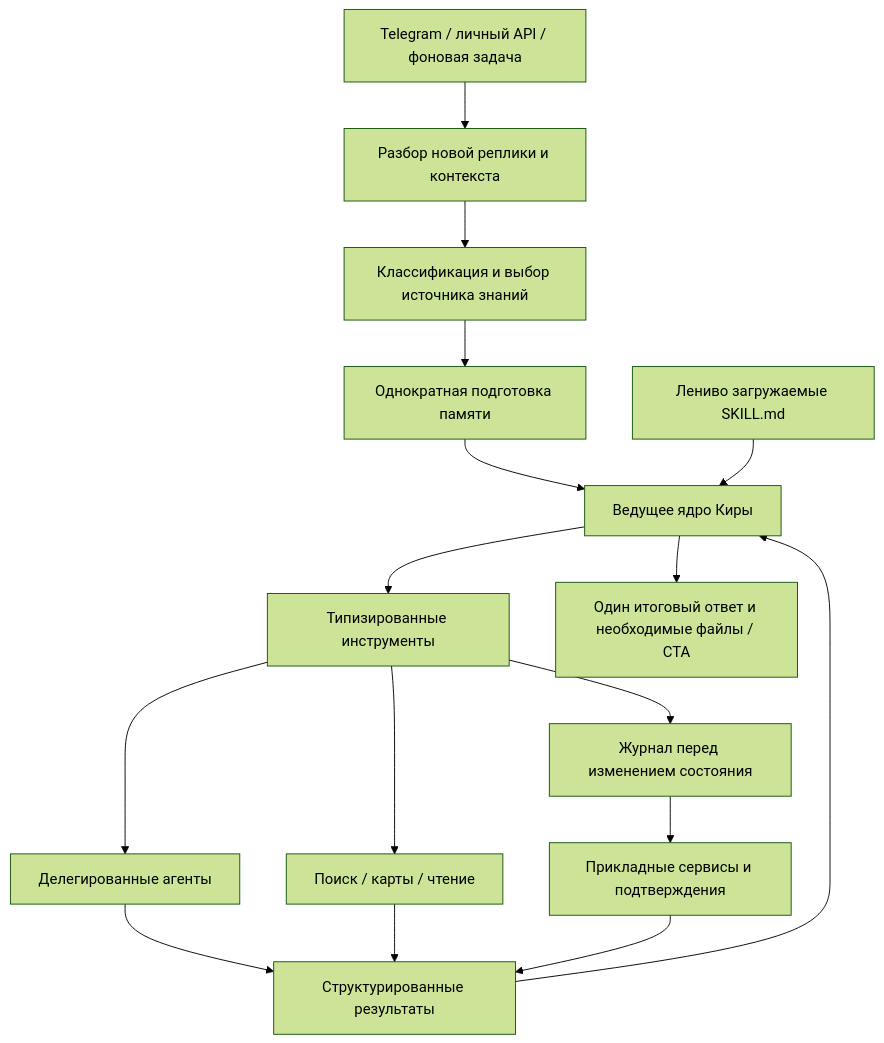
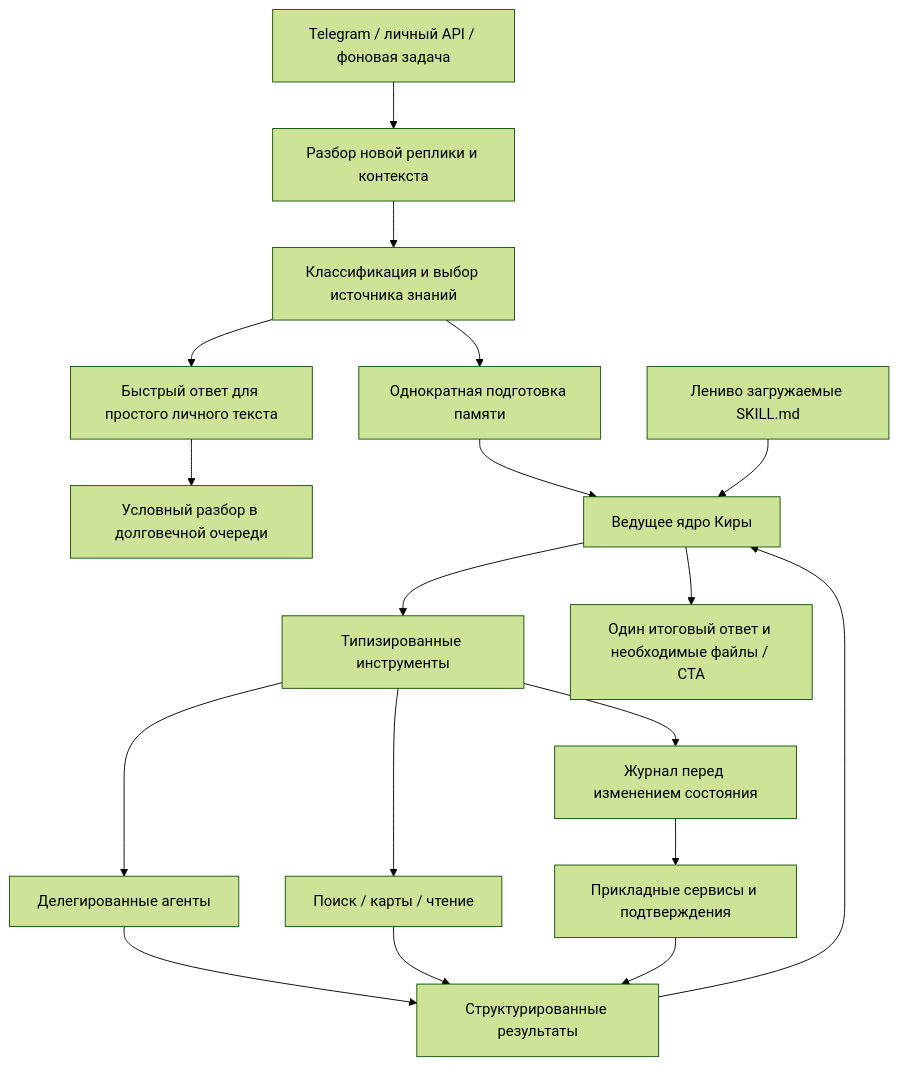
Before and after one commit to dmitrymalakhov/kira-mind-bot: the diagram in docs/agent-runtime.md, drawn with Mermaid (forest theme). The commit also changed other lines of this file and 45 other files, not shown here.

Commit message:
feat(dialogue): добавить быстрый ответ и фоновый разбор

````diff
--- a/docs/agent-runtime.md
+++ b/docs/agent-runtime.md
@@ -9,18 +9,20 @@
 ```mermaid
 flowchart TD
     A[Telegram / личный API / фоновая задача] --> B[Разбор новой реплики и контекста]
     B --> C[Классификация и выбор источника знаний]
+    C --> Q[Быстрый ответ для простого личного текста]
+    Q --> JQ[Условный разбор в долговечной очереди]
     C --> D[Однократная подготовка памяти]
     D --> E[Ведущее ядро Киры]
     S[Лениво загружаемые SKILL.md] --> E
     E --> T[Типизированные инструменты]
     T --> J[Журнал перед изменением состояния]
     T --> R[Поиск / карты / чтение]
     J --> W[Прикладные сервисы и подтверждения]
     T --> G[Делегированные агенты]
     G --> O[Структурированные результаты]
     R --> O
     W --> O
     O --> E
     E --> F[Один итоговый ответ и необходимые файлы / CTA]
 ```
````
